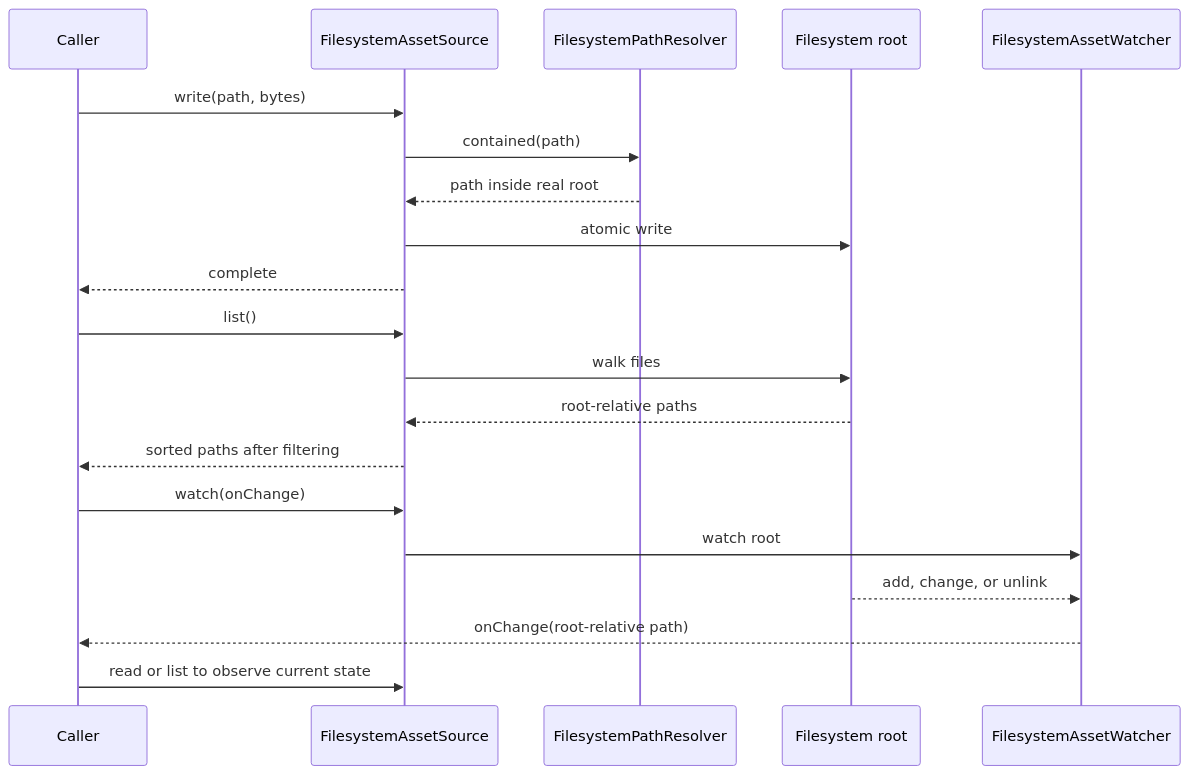
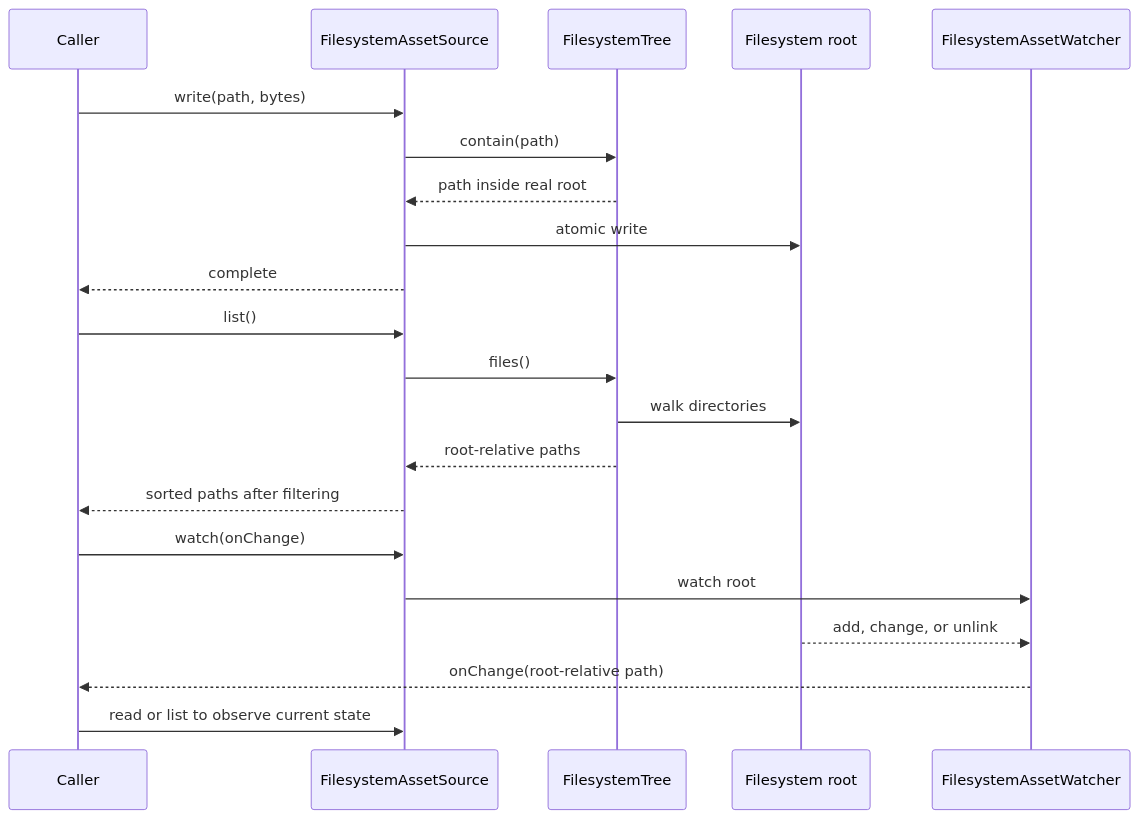
Before and after one commit to JollyPixel/editor: the fourth of 7 diagrams in packages/asset-source/ARCHITECTURE.md, drawn with Mermaid. The commit also changed other lines of this file and 33 other files, not shown here.

````diff
--- a/packages/asset-source/ARCHITECTURE.md
+++ b/packages/asset-source/ARCHITECTURE.md
@@ -78,25 +78,26 @@
 ```mermaid
 sequenceDiagram
     participant Caller
     participant Source as FilesystemAssetSource
-    participant Paths as FilesystemPathResolver
+    participant Tree as FilesystemTree
     participant Disk as Filesystem root
     participant Watcher as FilesystemAssetWatcher
 
     Caller->>Source: write(path, bytes)
-    Source->>Paths: contained(path)
-    Paths-->>Source: path inside real root
+    Source->>Tree: contain(path)
+    Tree-->>Source: path inside real root
     Source->>Disk: atomic write
     Source-->>Caller: complete
 
     Caller->>Source: list()
-    Source->>Disk: walk files
-    Disk-->>Source: root-relative paths
+    Source->>Tree: files()
+    Tree->>Disk: walk directories
+    Tree-->>Source: root-relative paths
     Source-->>Caller: sorted paths after filtering
 
     Caller->>Source: watch(onChange)
     Source->>Watcher: watch root
     Disk-->>Watcher: add, change, or unlink
     Watcher-->>Caller: onChange(root-relative path)
     Caller->>Source: read or list to observe current state
 ```
````
